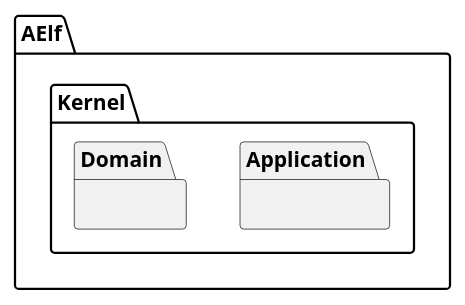
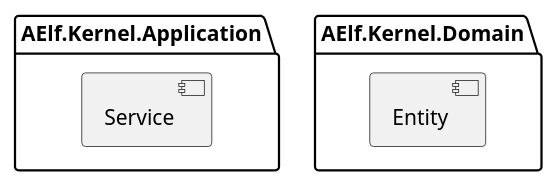
One commit to AElfProject/AElf changed the second of 2 diagrams in docs/Development/architecture.md. Above: the diagram before and after it, drawn with PlantUML. The commit also changed other lines of this file, not shown here.

````diff
--- a/docs/Development/architecture.md
+++ b/docs/Development/architecture.md
@@ -59,12 +53,15 @@
 ```puml
 @startuml
 
 package "AElf.Kernel.Application" {
+  [Service]
 }
 
 package "AElf.Kernel.Domain" {
+  [Entity]
+  
 }
 
 
 @enduml
 ```
````
